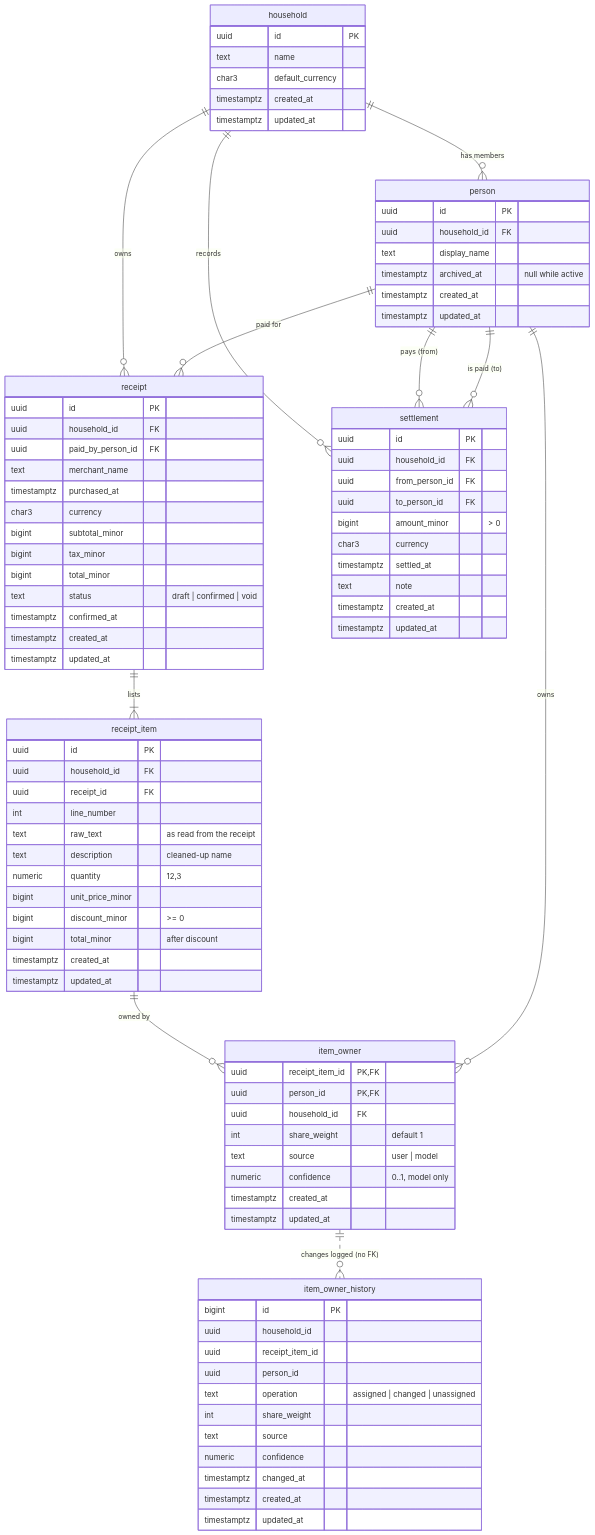
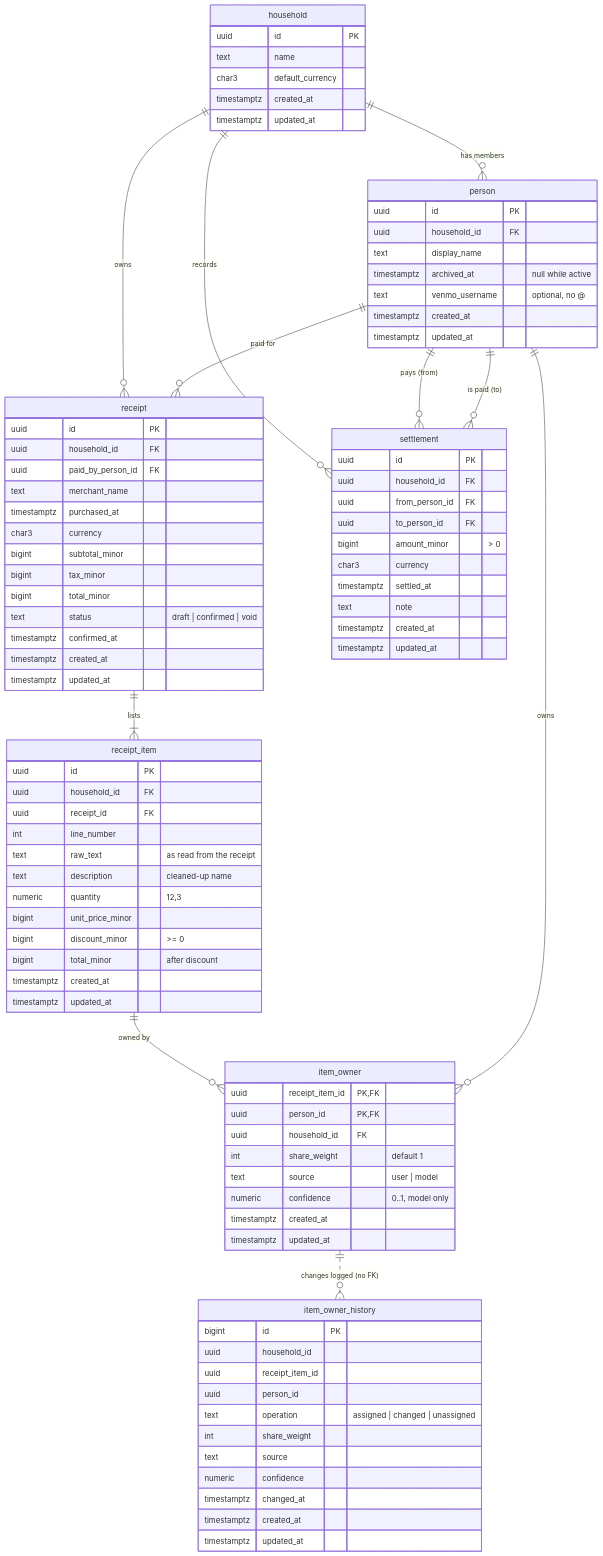
Before and after one commit to Monster0506/Divvy: the diagram in docs/schema.md, drawn with Mermaid. The commit also changed other lines of this file and 29 other files, not shown here.

```diff
--- a/docs/schema.md
+++ b/docs/schema.md
@@ -39,6 +39,7 @@
         uuid household_id FK
         text display_name
         timestamptz archived_at "null while active"
+        text venmo_username "optional, no @"
         timestamptz created_at
         timestamptz updated_at
     }
```
